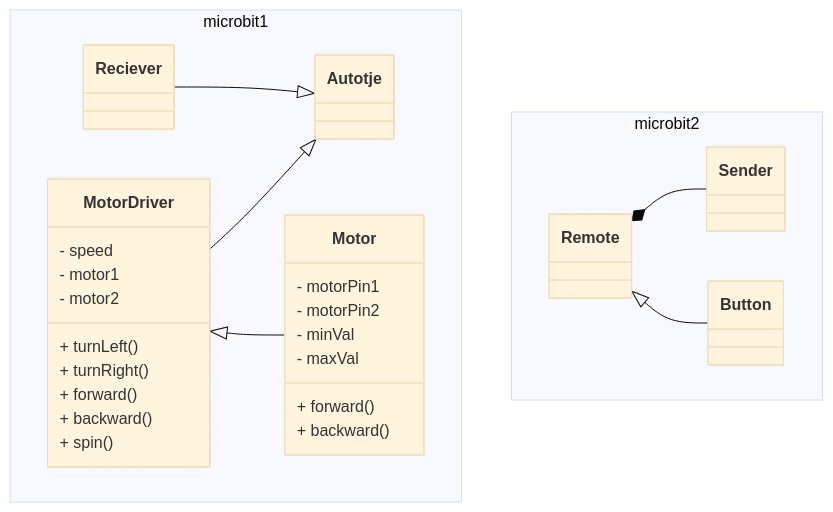
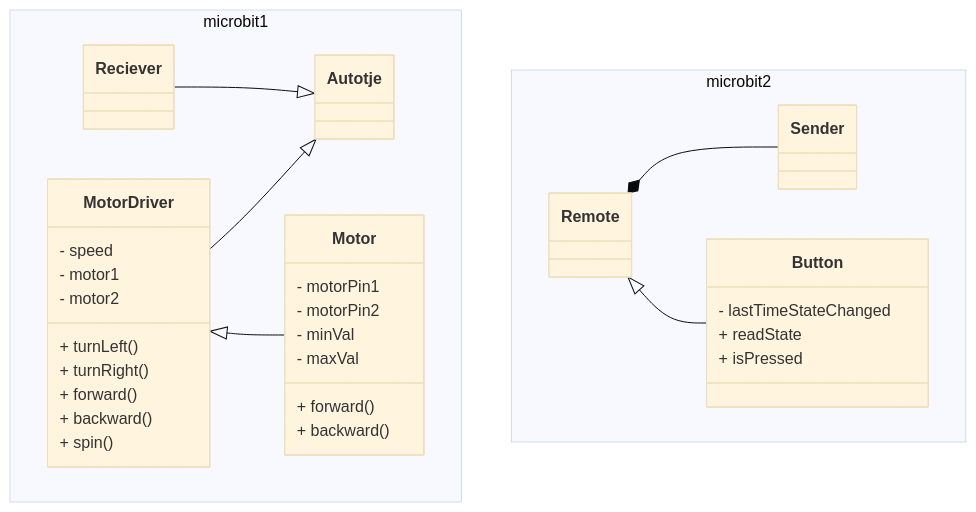
One commit to jensthebrogrammer/project_autotje changed the diagram in UML_schema.md. Above: the diagram before and after it, drawn with Mermaid (base theme).

````diff
--- a/UML_schema.md
+++ b/UML_schema.md
@@ -1,49 +1,53 @@
 ```mermaid
 classDiagram
     namespace microbit1 {
         class Autotje {
             
         }
 
         class Motor {
             - motorPin1
             - motorPin2
             - minVal
             - maxVal
             + forward()
             + backward()
         }
         
         class MotorDriver {
             - speed
             - motor1
             - motor2
             + turnLeft()
             + turnRight()
             + forward()
             + backward()
             + spin()
         }
 
         class Reciever {
 
         }
     }
 
     namespace microbit2 {
         class Remote {
         }
     
         class Sender {
         }
     
         class Button {
+            - lastTimeStateChanged
+            + readState
+            + isPressed
+            
         }
     }
 
     MotorDriver --|> Autotje
     Reciever --|> Autotje
     Remote *-- Sender
     Remote <|-- Button
     MotorDriver <|-- Motor
 ```
````
